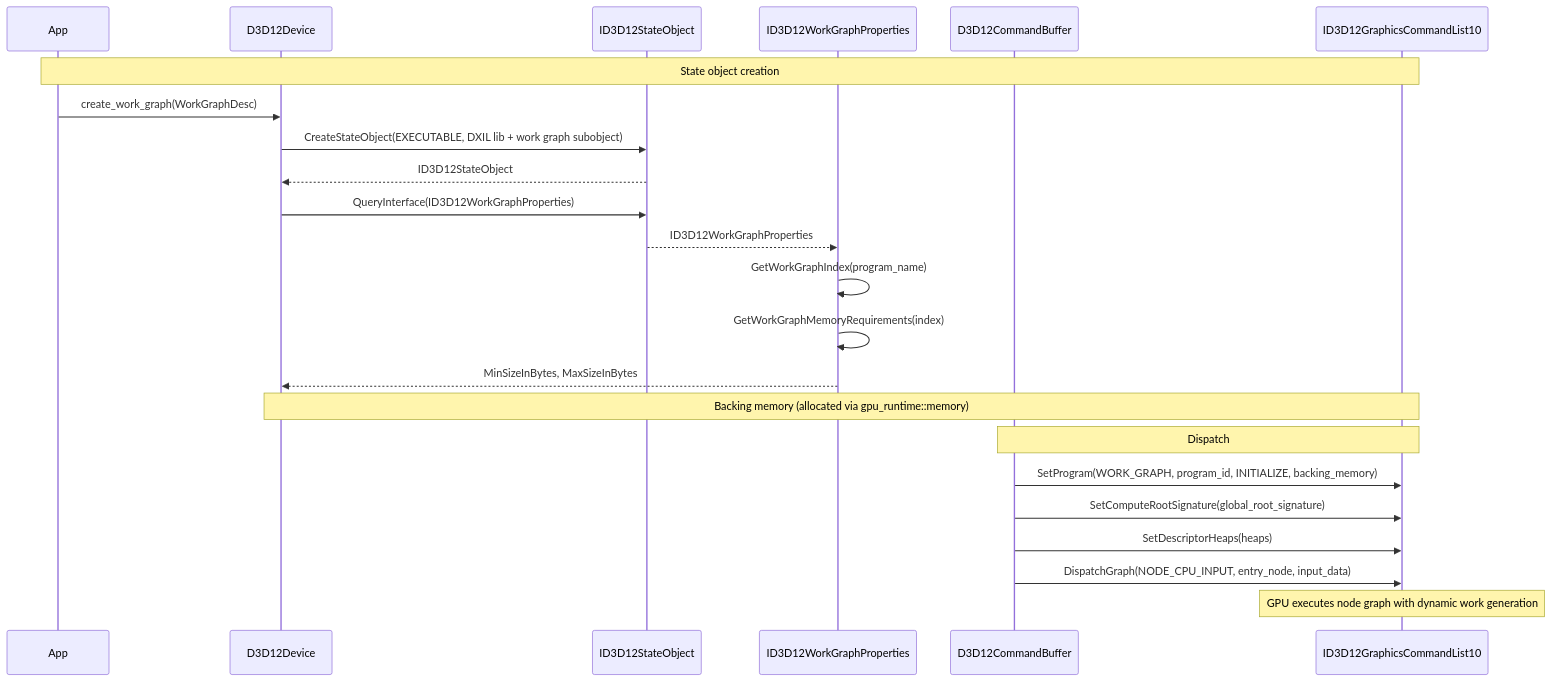
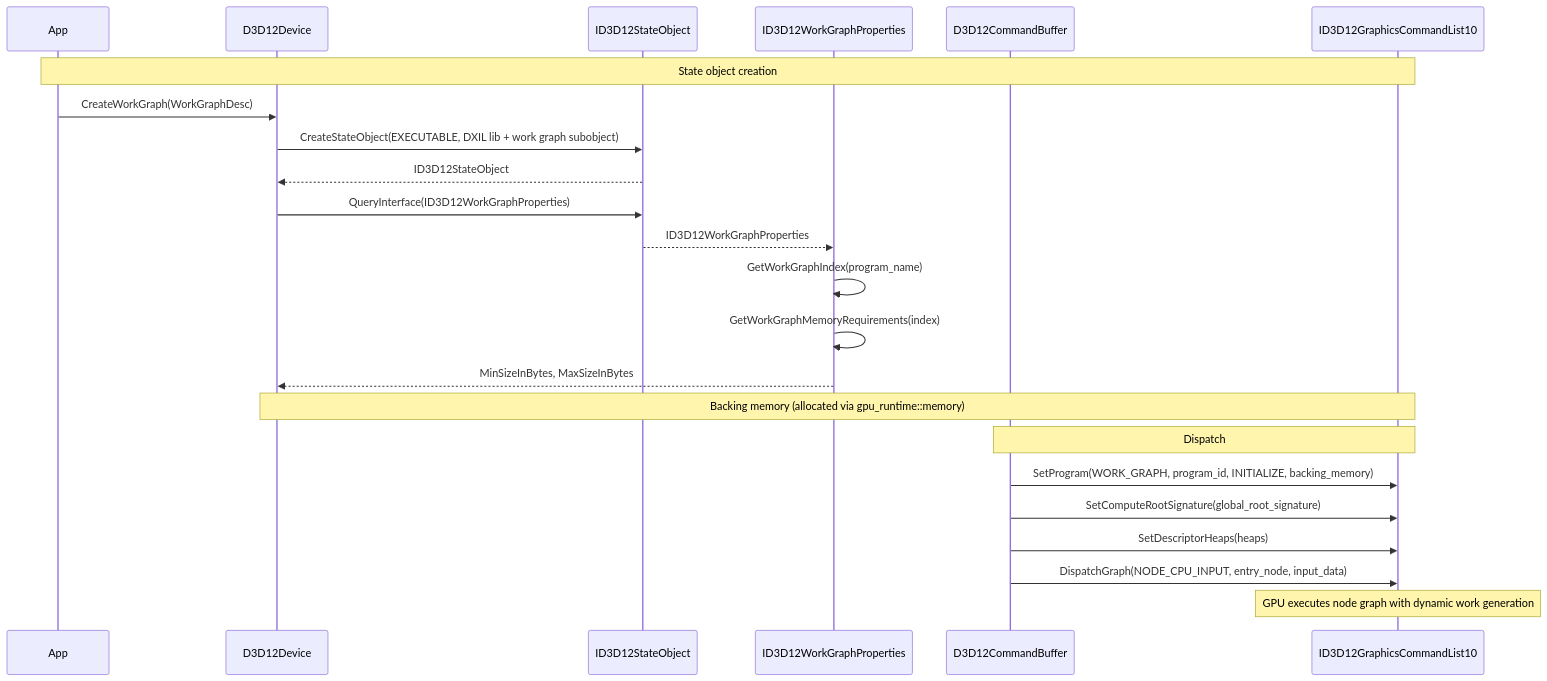
One commit to harmonius-dev/harmonius changed the eighth of 9 diagrams in docs/design/gpu-backend-d3d12-classes.md. Above: the diagram before and after it, drawn with Mermaid. The commit also changed other lines of this file and 67 other files, not shown here.

````diff
--- a/docs/design/gpu-backend-d3d12-classes.md
+++ b/docs/design/gpu-backend-d3d12-classes.md
@@ -555,33 +555,33 @@
 ```mermaid
 sequenceDiagram
     participant App
     participant Dev as D3D12Device
     participant SO as ID3D12StateObject
     participant WGP as ID3D12WorkGraphProperties
     participant Cmd as D3D12CommandBuffer
     participant List as ID3D12GraphicsCommandList10
 
     Note over App,List: State object creation
 
-    App->>Dev: create_work_graph(WorkGraphDesc)
+    App->>Dev: CreateWorkGraph(WorkGraphDesc)
     Dev->>SO: CreateStateObject(EXECUTABLE, DXIL lib + work graph subobject)
     SO-->>Dev: ID3D12StateObject
 
     Dev->>SO: QueryInterface(ID3D12WorkGraphProperties)
     SO-->>WGP: ID3D12WorkGraphProperties
 
     WGP->>WGP: GetWorkGraphIndex(program_name)
     WGP->>WGP: GetWorkGraphMemoryRequirements(index)
     WGP-->>Dev: MinSizeInBytes, MaxSizeInBytes
 
     Note over Dev,List: Backing memory (allocated via gpu_runtime::memory)
 
     Note over Cmd,List: Dispatch
 
     Cmd->>List: SetProgram(WORK_GRAPH, program_id, INITIALIZE, backing_memory)
     Cmd->>List: SetComputeRootSignature(global_root_signature)
     Cmd->>List: SetDescriptorHeaps(heaps)
 
     Cmd->>List: DispatchGraph(NODE_CPU_INPUT, entry_node, input_data)
     Note over List: GPU executes node graph with dynamic work generation
 ```
````
